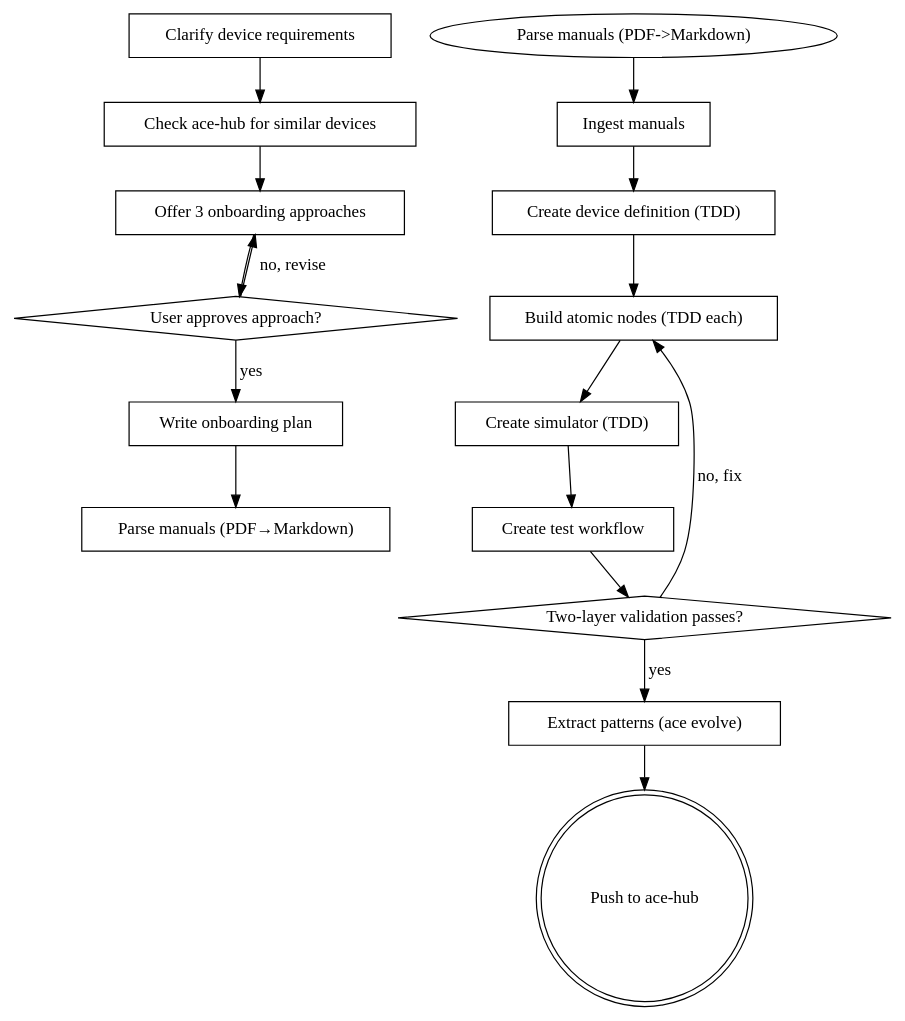
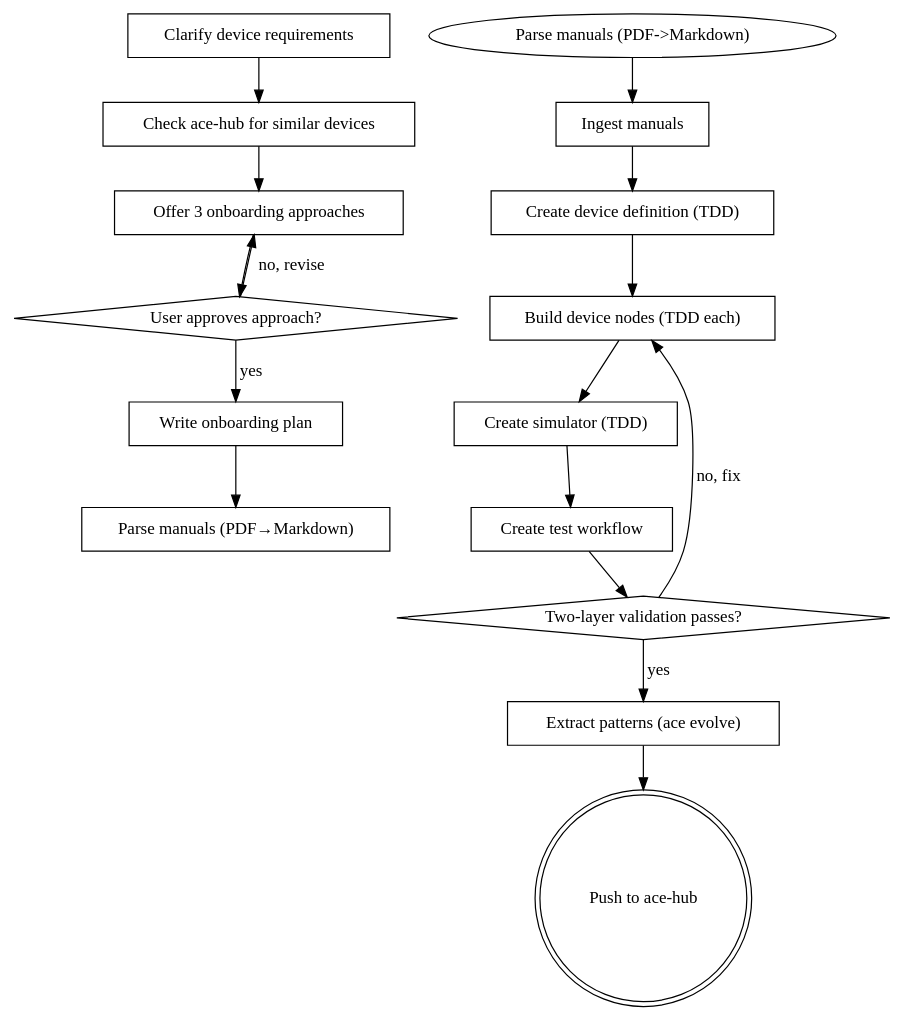
One commit to hyper-instrument/ace-superpowers changed the diagram in skills/ace-device-onboarding/SKILL.md. Above: the diagram before and after it, drawn with Graphviz. The commit also changed other lines of this file, not shown here.

````diff
--- a/skills/ace-device-onboarding/SKILL.md
+++ b/skills/ace-device-onboarding/SKILL.md
@@ -70,34 +70,34 @@
 ```dot
 digraph device_onboarding {
     "Clarify device requirements" [shape=box];
     "Check ace-hub for similar devices" [shape=box];
     "Offer 3 onboarding approaches" [shape=box];
     "User approves approach?" [shape=diamond];
     "Write onboarding plan" [shape=box];
     "Parse manuals (PDF→Markdown)" [shape=box];
     "Ingest manuals" [shape=box];
     "Create device definition (TDD)" [shape=box];
-    "Build atomic nodes (TDD each)" [shape=box];
+    "Build device nodes (TDD each)" [shape=box];
     "Create simulator (TDD)" [shape=box];
     "Create test workflow" [shape=box];
     "Two-layer validation passes?" [shape=diamond];
     "Extract patterns (ace evolve)" [shape=box];
     "Push to ace-hub" [shape=doublecircle];
 
     "Clarify device requirements" -> "Check ace-hub for similar devices";
     "Check ace-hub for similar devices" -> "Offer 3 onboarding approaches";
     "Offer 3 onboarding approaches" -> "User approves approach?";
     "User approves approach?" -> "Offer 3 onboarding approaches" [label="no, revise"];
     "User approves approach?" -> "Write onboarding plan" [label="yes"];
     "Write onboarding plan" -> "Parse manuals (PDF→Markdown)";
     "Parse manuals (PDF->Markdown)" -> "Ingest manuals";
     "Ingest manuals" -> "Create device definition (TDD)";
-    "Create device definition (TDD)" -> "Build atomic nodes (TDD each)";
-    "Build atomic nodes (TDD each)" -> "Create simulator (TDD)";
+    "Create device definition (TDD)" -> "Build device nodes (TDD each)";
+    "Build device nodes (TDD each)" -> "Create simulator (TDD)";
     "Create simulator (TDD)" -> "Create test workflow";
     "Create test workflow" -> "Two-layer validation passes?";
-    "Two-layer validation passes?" -> "Build atomic nodes (TDD each)" [label="no, fix"];
+    "Two-layer validation passes?" -> "Build device nodes (TDD each)" [label="no, fix"];
     "Two-layer validation passes?" -> "Extract patterns (ace evolve)" [label="yes"];
     "Extract patterns (ace evolve)" -> "Push to ace-hub";
 }
 ```
````
